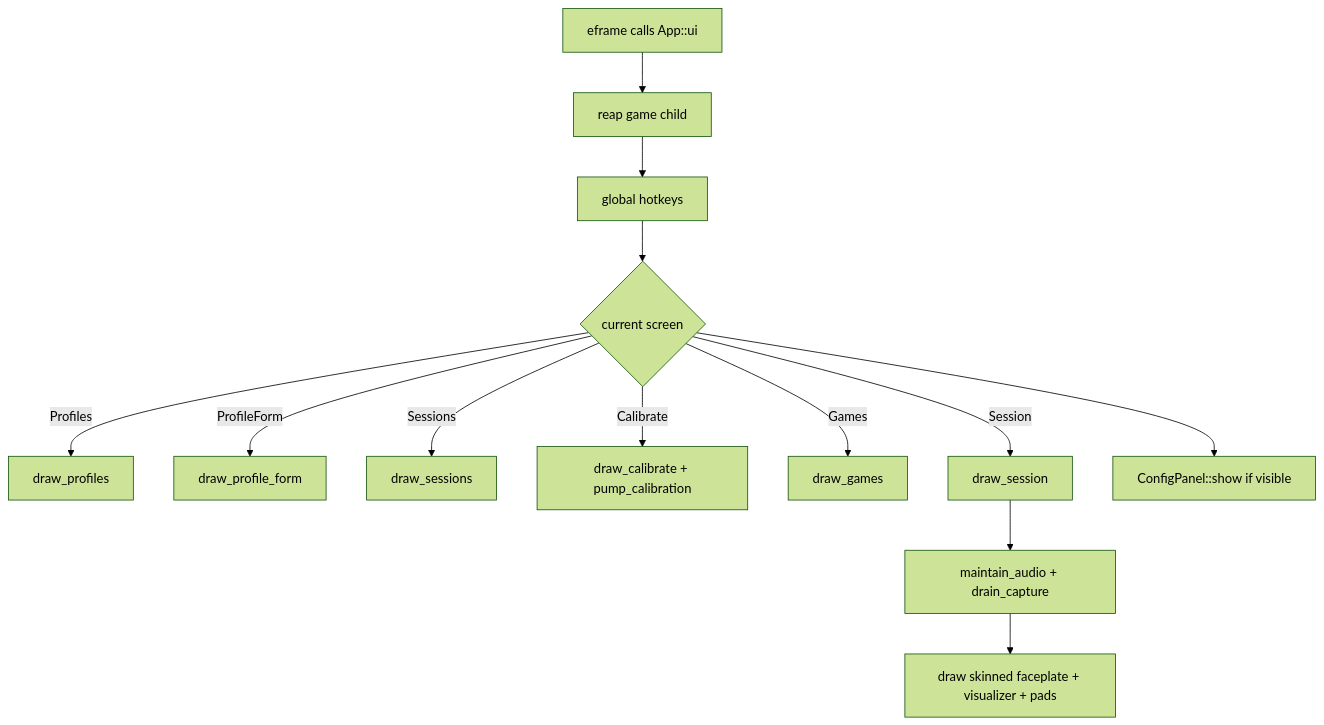
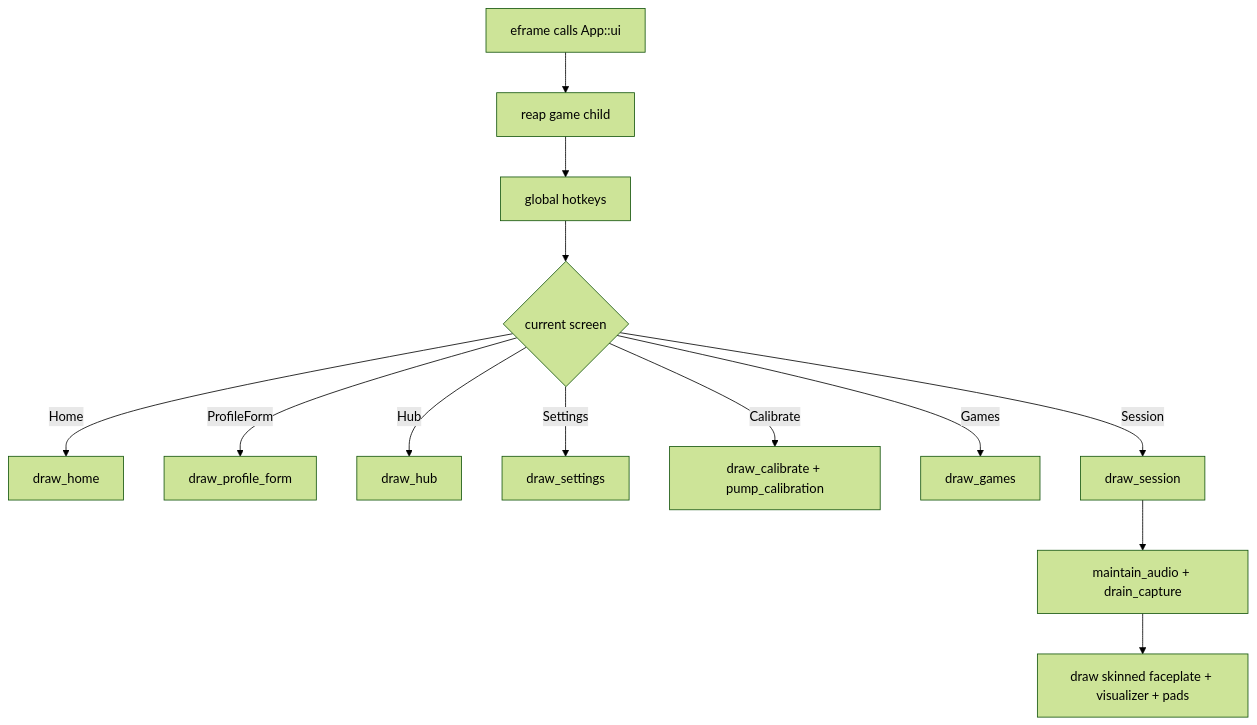
Before and after one commit to pipejesus/rondelek-twst-1: the first of 3 diagrams in docs/src/architecture.md, drawn with Mermaid (forest theme). The commit also changed other lines of this file and 46 other files, not shown here.

````diff
--- a/docs/src/architecture.md
+++ b/docs/src/architecture.md
@@ -40,15 +40,15 @@
 ```mermaid
 flowchart TD
     frame[eframe calls App::ui] --> reap[reap game child]
     reap --> keys[global hotkeys]
     keys --> screen{current screen}
-    screen -->|Profiles| p[draw_profiles]
+    screen -->|Home| p[draw_home]
     screen -->|ProfileForm| f[draw_profile_form]
-    screen -->|Sessions| s[draw_sessions]
+    screen -->|Hub| s[draw_hub]
+    screen -->|Settings| st[draw_settings]
     screen -->|Calibrate| c[draw_calibrate + pump_calibration]
     screen -->|Games| gm[draw_games]
     screen -->|Session| g[draw_session]
     g --> audio[maintain_audio + drain_capture]
     audio --> render[draw skinned faceplate + visualizer + pads]
-    screen --> cfg[ConfigPanel::show if visible]
 ```
````
